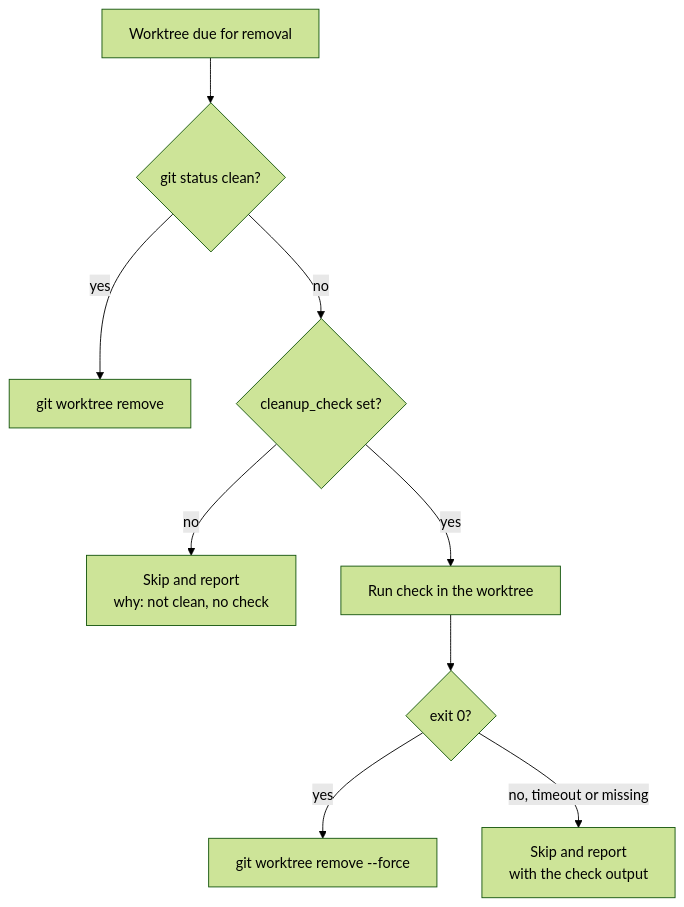
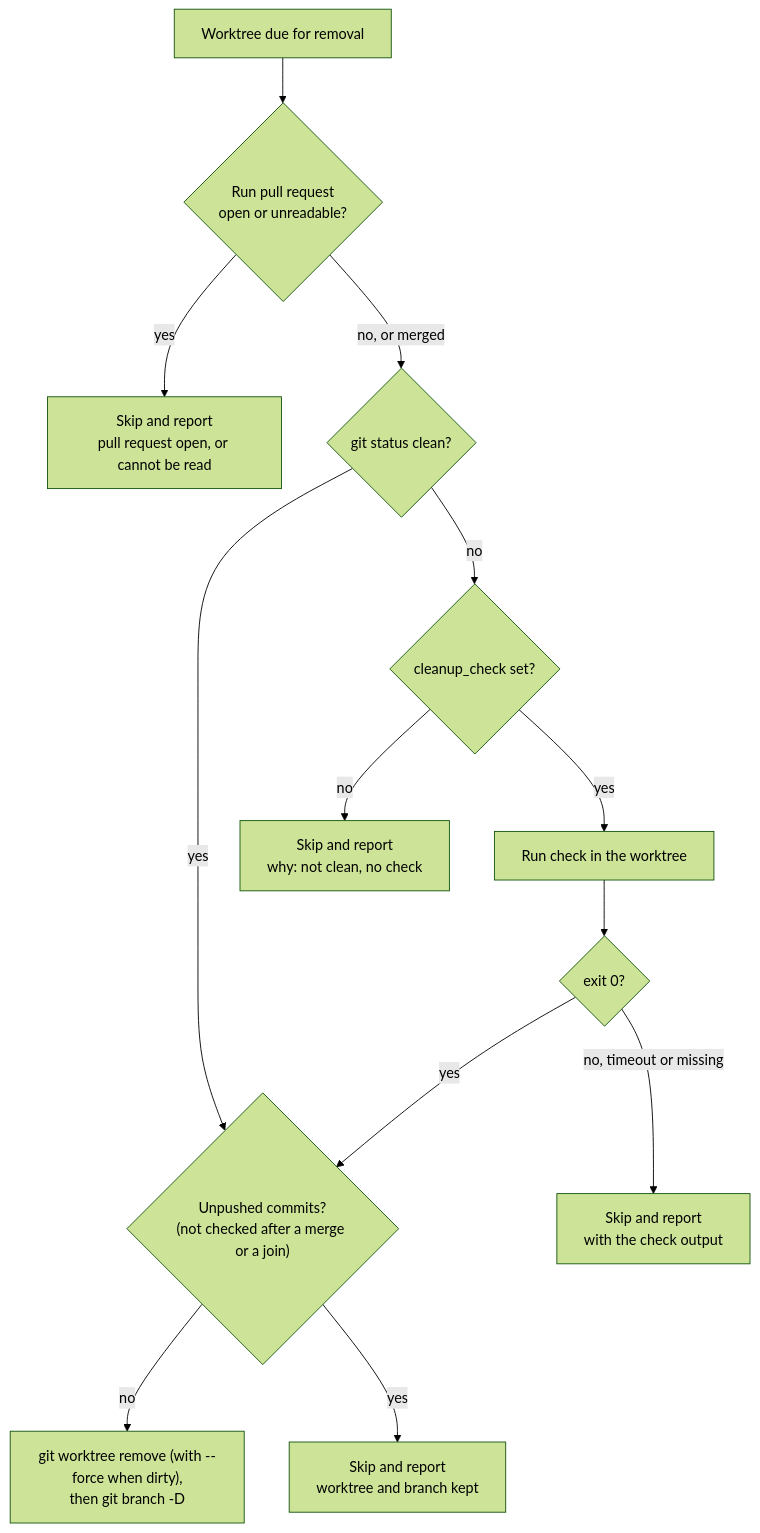
One commit to plaktoz/factory changed the diagram in docs/design/modules/17-housekeeping.md. Above: the diagram before and after it, drawn with Mermaid (forest theme). The commit also changed other lines of this file and 10 other files, not shown here.

````diff
--- a/docs/design/modules/17-housekeeping.md
+++ b/docs/design/modules/17-housekeeping.md
@@ -24,11 +24,15 @@
 ```mermaid
 flowchart TD
-  start["Worktree due for removal"] --> clean{"git status clean?"}
-  clean -- yes --> rm["git worktree remove"]
+  start["Worktree due for removal"] --> pr{"Run pull request<br/>open or unreadable?"}
+  pr -- yes --> skipPr["Skip and report<br/>pull request open, or cannot be read"]
+  pr -- "no, or merged" --> clean{"git status clean?"}
+  clean -- yes --> unp{"Unpushed commits?<br/>(not checked after a merge or a join)"}
   clean -- no --> has{"cleanup_check set?"}
   has -- no --> skip["Skip and report<br/>why: not clean, no check"]
   has -- yes --> run["Run check in the worktree"]
   run --> ok{"exit 0?"}
-  ok -- yes --> force["git worktree remove --force"]
+  ok -- yes --> unp
   ok -- "no, timeout or missing" --> skip2["Skip and report<br/>with the check output"]
+  unp -- no --> rm["git worktree remove (with --force when dirty),<br/>then git branch -D"]
+  unp -- yes --> skip3["Skip and report<br/>worktree and branch kept"]
 ```
````
